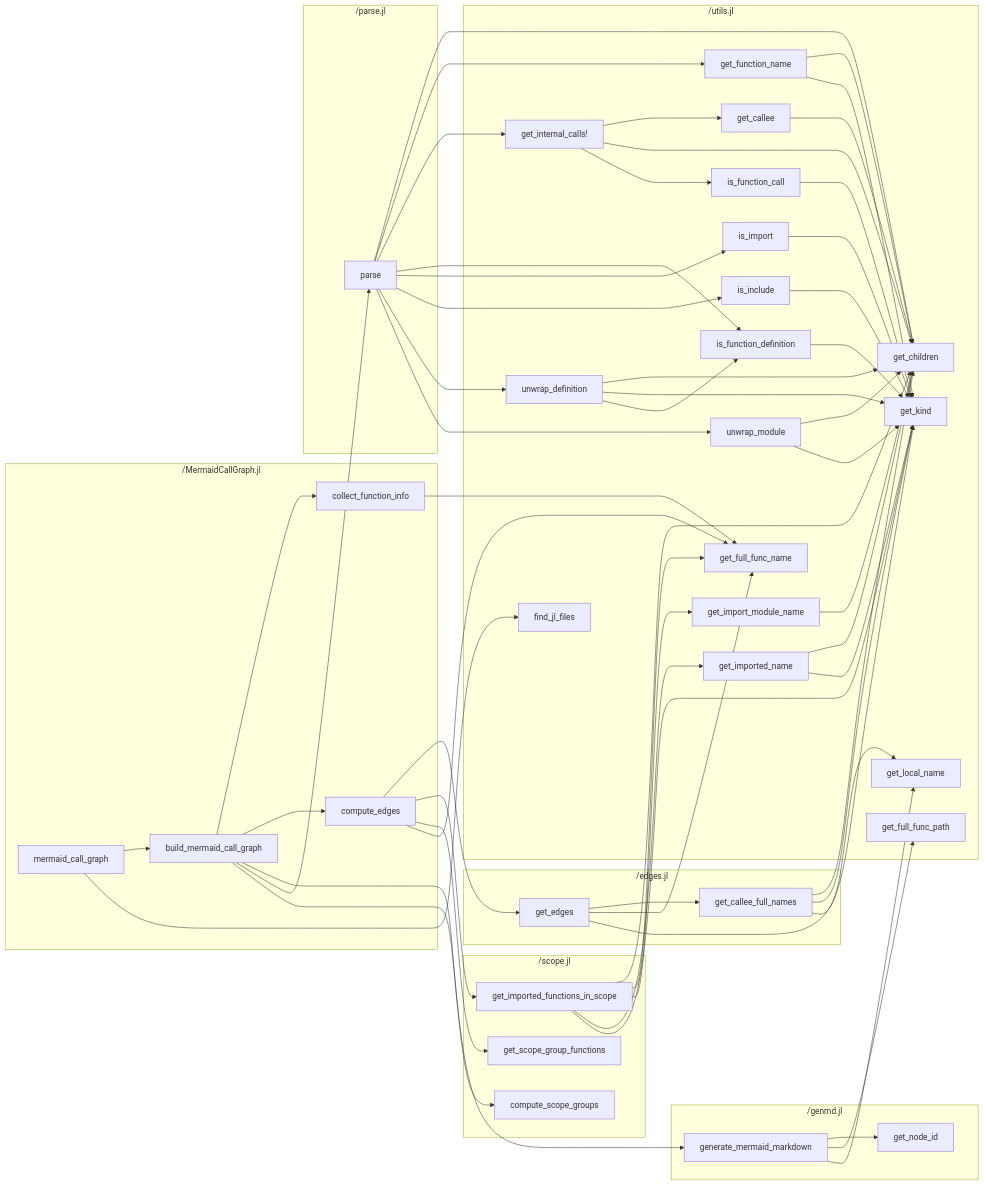
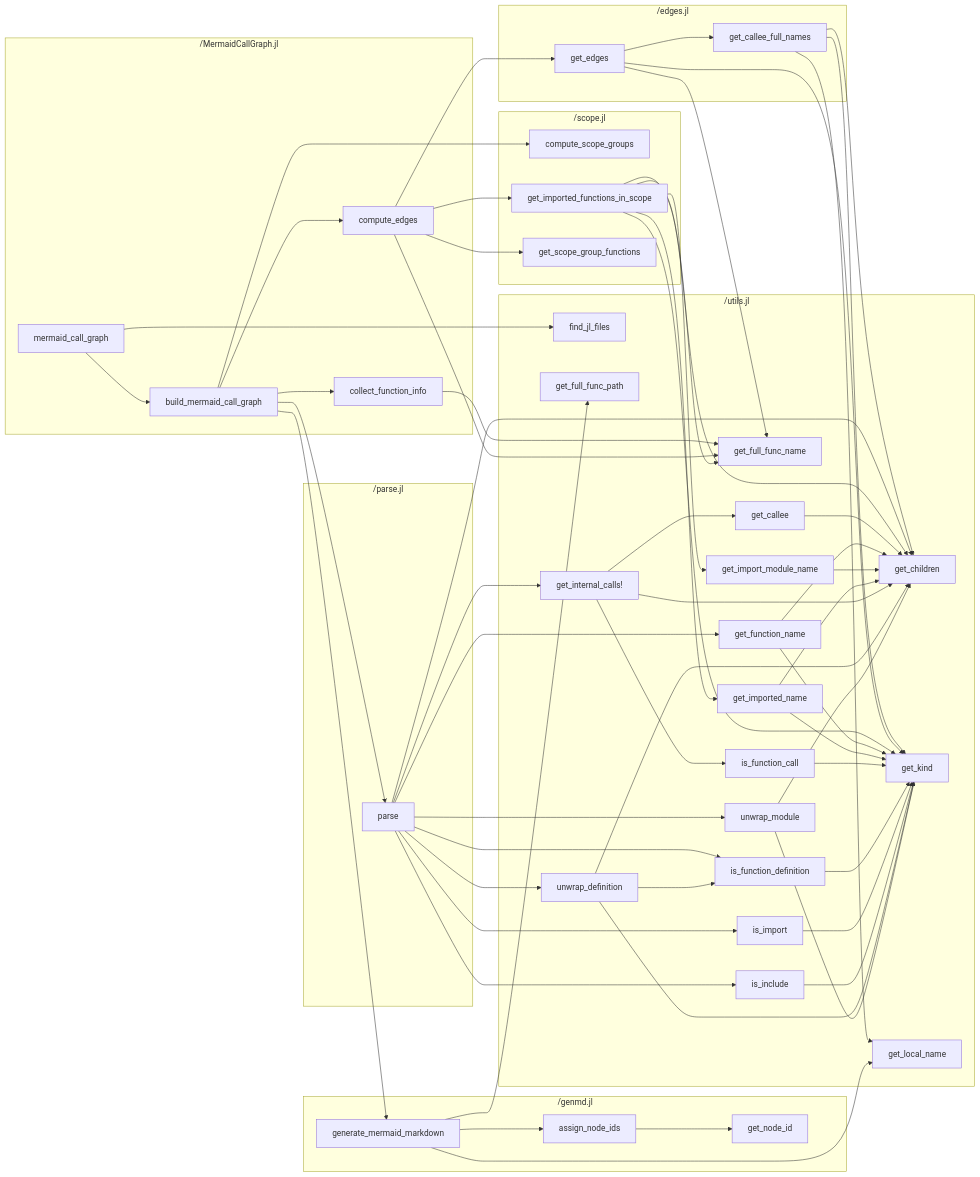
Before and after one commit to t-garin/MermaidCallGraph.jl: the diagram in README.md, drawn with Mermaid. The commit also changed other lines of this file and 2 other files, not shown here.

Commit message:
genmd: unique node ids when ids collide

```diff
--- a/README.md
+++ b/README.md
@@ -23,6 +23,7 @@
         _edges_jl_get_edges["get_edges"]
     end
     subgraph "/genmd.jl"
+        _genmd_jl_assign_node_ids["assign_node_ids"]
         _genmd_jl_generate_mermaid_markdown["generate_mermaid_markdown"]
         _genmd_jl_get_node_id["get_node_id"]
     end
@@ -71,7 +72,8 @@
     _edges_jl_get_edges --> _edges_jl_get_callee_full_names
     _edges_jl_get_edges --> _utils_jl_get_full_func_name
     _edges_jl_get_edges --> _utils_jl_get_kind
-    _genmd_jl_generate_mermaid_markdown --> _genmd_jl_get_node_id
+    _genmd_jl_assign_node_ids --> _genmd_jl_get_node_id
+    _genmd_jl_generate_mermaid_markdown --> _genmd_jl_assign_node_ids
     _genmd_jl_generate_mermaid_markdown --> _utils_jl_get_full_func_path
     _genmd_jl_generate_mermaid_markdown --> _utils_jl_get_local_name
     _parse_jl_parse --> _utils_jl_get_children
```
